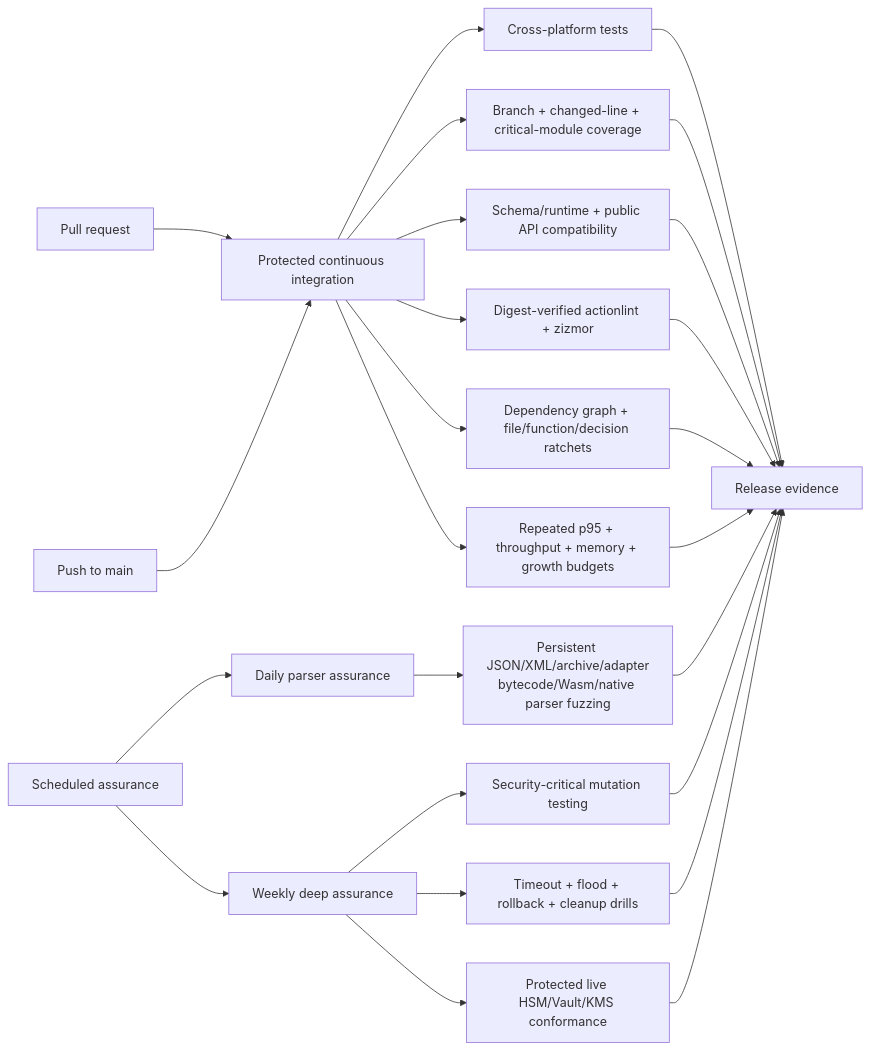
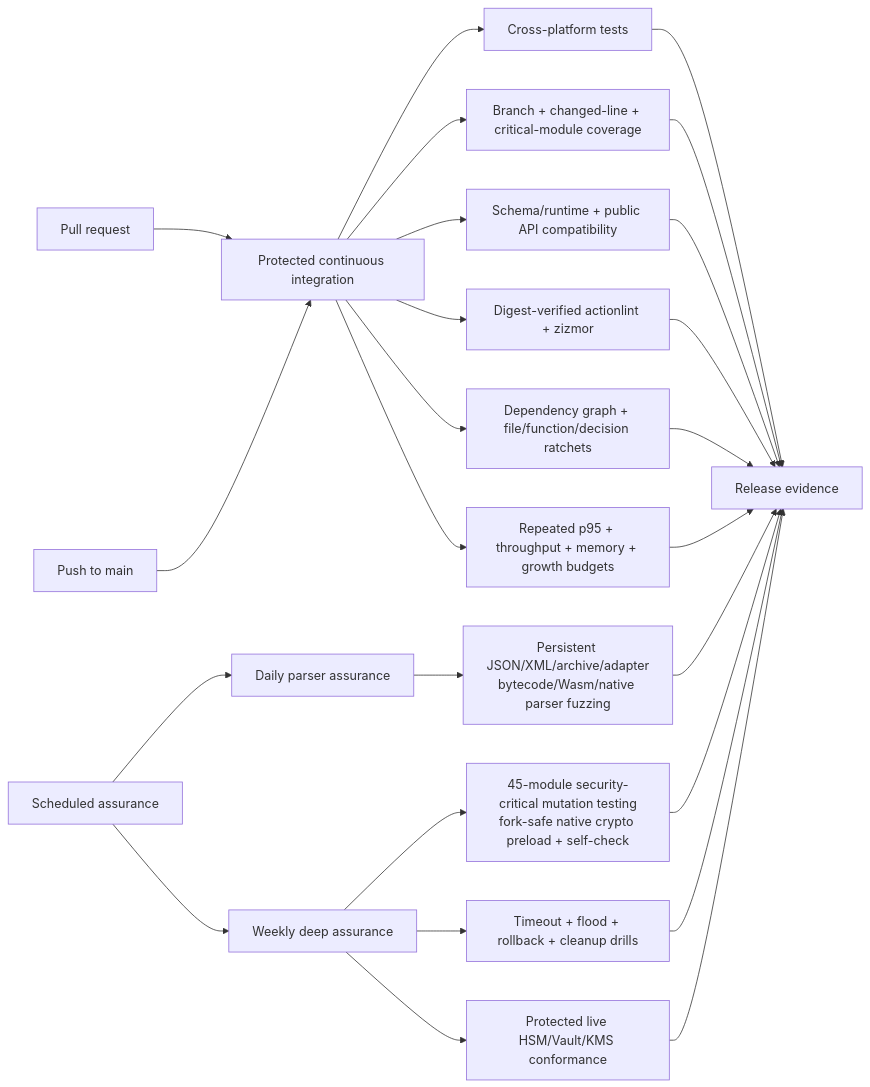
One commit to willtran87/project-py-security-suite changed the ninth of 21 diagrams in docs/design.md. Above: the diagram before and after it, drawn with Mermaid. The commit also changed other lines of this file and 64 other files, not shown here.

````diff
--- a/docs/design.md
+++ b/docs/design.md
@@ -419,27 +419,27 @@
 ```mermaid
 flowchart LR
     PullRequest[Pull request] --> CI[Protected continuous integration]
     MainPush[Push to main] --> CI
     CI --> Tests[Cross-platform tests]
     CI --> Coverage[Branch + changed-line + critical-module coverage]
     CI --> Schema[Schema/runtime + public API compatibility]
     CI --> Workflow[Digest-verified actionlint + zizmor]
     CI --> Architecture[Dependency graph + file/function/decision ratchets]
     CI --> Performance[Repeated p95 + throughput + memory + growth budgets]
     Schedule[Scheduled assurance] --> Daily[Daily parser assurance]
     Daily --> Fuzz[Persistent JSON/XML/archive/adapter<br/>bytecode/Wasm/native parser fuzzing]
     Schedule --> Weekly[Weekly deep assurance]
-    Weekly --> Mutation[Security-critical mutation testing]
+    Weekly --> Mutation[45-module security-critical mutation testing<br/>fork-safe native crypto preload + self-check]
     Weekly --> Resilience[Timeout + flood + rollback + cleanup drills]
     Weekly --> Providers[Protected live HSM/Vault/KMS conformance]
     Tests --> Gate[Release evidence]
     Coverage --> Gate
     Schema --> Gate
     Workflow --> Gate
     Architecture --> Gate
     Performance --> Gate
     Mutation --> Gate
     Fuzz --> Gate
     Resilience --> Gate
     Providers --> Gate
 ```
````
